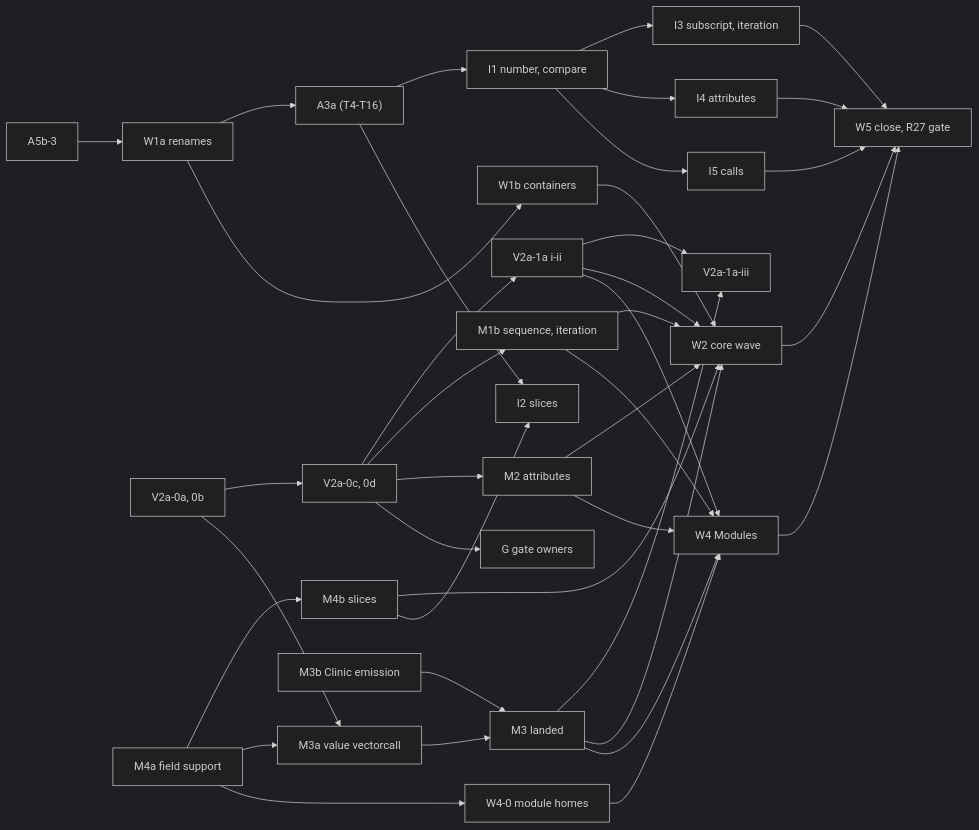
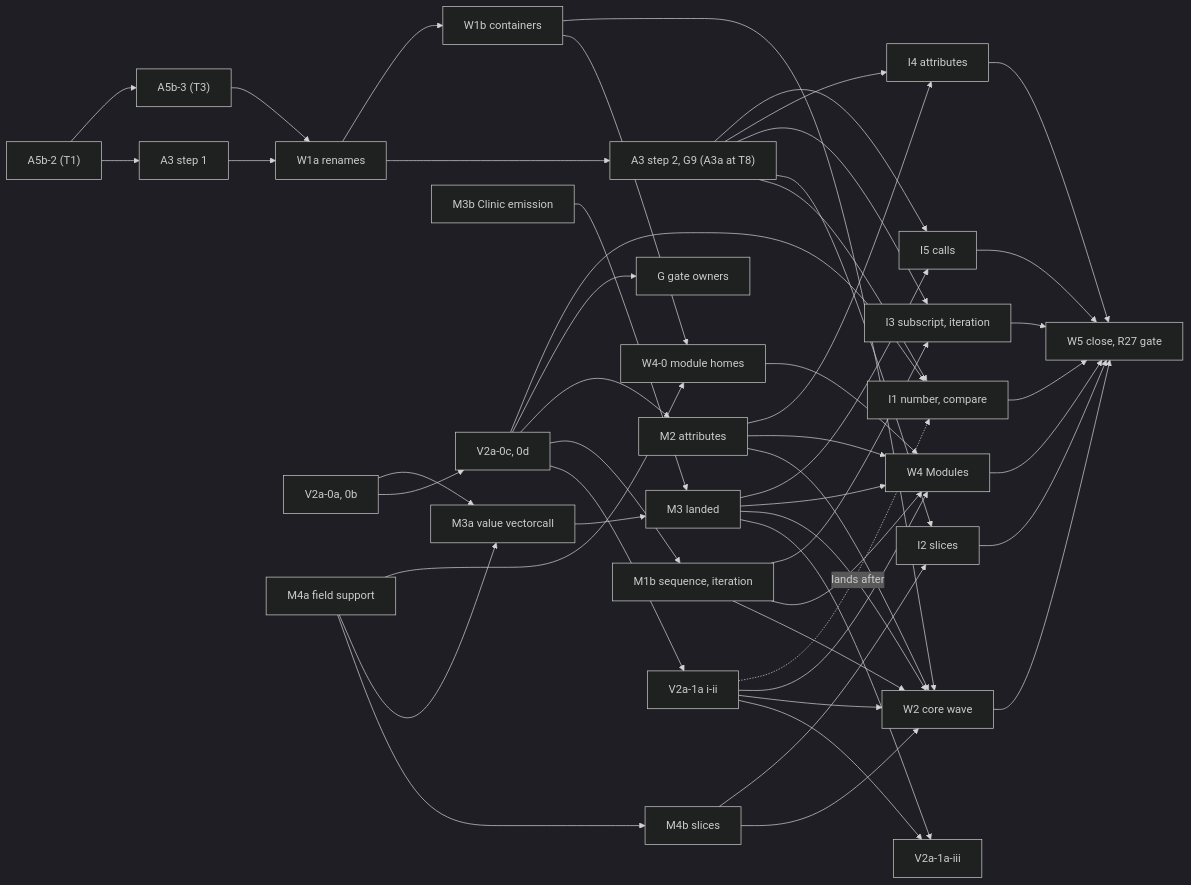
The second of 2 diagrams in pyjit/design/proposals/value-api-v2a0.md (rjpower/cpython), drawn with Mermaid (dark theme) before and after one commit. The commit also changed other lines of this file and 1 other file, not shown here.

Commit message:
Revise the value-API estimates from the counts

````diff
--- a/pyjit/design/proposals/value-api-v2a0.md
+++ b/pyjit/design/proposals/value-api-v2a0.md
@@ -267,27 +302,23 @@
 ```mermaid
 flowchart LR
-    A5["A5b-3"] --> W1a["W1a renames"] --> A3["A3a (T4-T16)"]
+    A52["A5b-2 (T1)"] --> A31["A3 step 1"]
+    A52 --> A5["A5b-3 (T3)"]
+    A5 & A31 --> W1a["W1a renames"] --> A32["A3 step 2, G9 (A3a at T8)"]
     V0a["V2a-0a, 0b"] --> V0["V2a-0c, 0d"]
     M4a["M4a field support"] --> M4b["M4b slices"]
-    V0a --> M3a["M3a value vectorcall"]
-    M4a --> M3a
-    M3b["M3b Clinic emission"] --> M3["M3 landed"]
-    M3a --> M3
-    V0 --> V1a["V2a-1a i-ii"]
-    V0 --> M1b["M1b sequence, iteration"]
-    V0 --> M2["M2 attributes"]
-    V0 --> G["G gate owners"]
-    M3 --> V1c["V2a-1a-iii"]
-    V1a --> V1c
+    V0a & M4a --> M3a["M3a value vectorcall"]
+    M3a & M3b["M3b Clinic emission"] --> M3["M3 landed"]
+    V0 --> V1a["V2a-1a i-ii"] & M1b["M1b sequence, iteration"] & M2["M2 attributes"] & G["G gate owners"]
+    M3 & V1a --> V1c["V2a-1a-iii"]
     W1a --> W1b["W1b containers"]
-    M4a --> W40["W4-0 module homes"]
+    M4a & W1b --> W40["W4-0 module homes"]
     V1a & M1b & M2 & M3 & M4b & W1b --> W2["W2 core wave"]
     V1a & M1b & M2 & M3 & W40 --> W4["W4 Modules"]
-    A3 --> I1["I1 number, compare"]
-    A3 --> I2["I2 slices"]
-    M4b --> I2
-    I1 --> I3["I3 subscript, iteration"]
-    I1 --> I4["I4 attributes"]
-    I1 --> I5["I5 calls"]
-    W2 & W4 & I3 & I4 & I5 --> W5["W5 close, R27 gate"]
+    A32 & V0 --> I1["I1 number, compare"]
+    V1a -. lands after .-> I1
+    A32 & M4b --> I2["I2 slices"]
+    A32 & M1b --> I3["I3 subscript, iteration"]
+    A32 & M2 --> I4["I4 attributes"]
+    A32 & M3 --> I5["I5 calls"]
+    W2 & W4 & I1 & I2 & I3 & I4 & I5 --> W5["W5 close, R27 gate"]
 ```
````
